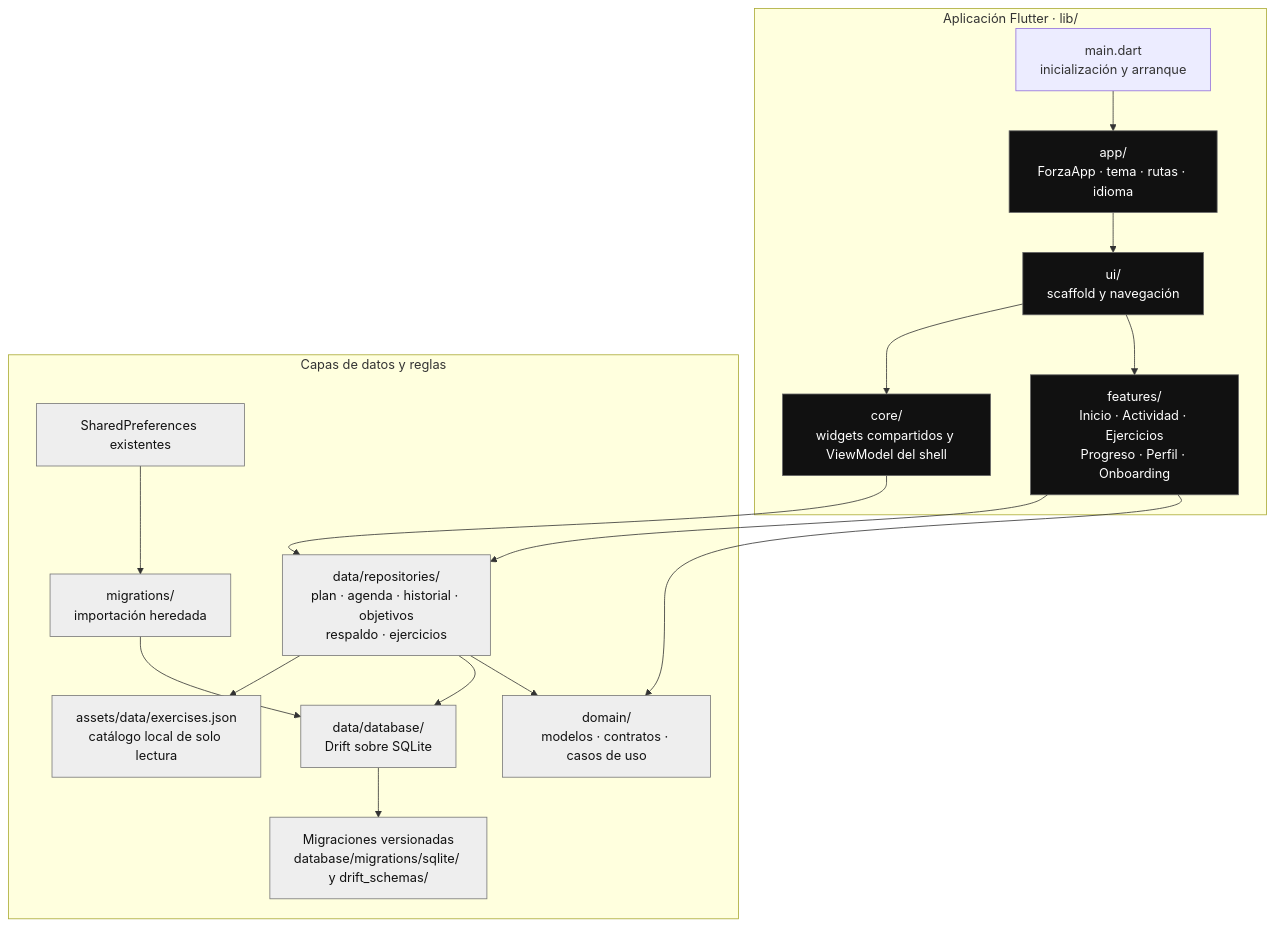
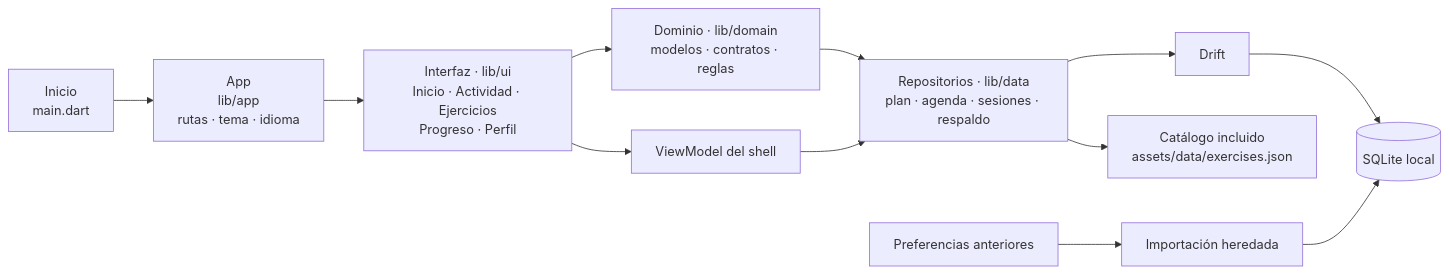
Before and after one commit to Angel11R99/forza: the diagram in README.md, drawn with Mermaid. The commit also changed other lines of this file, not shown here.

Commit message:
UPDATE README V2

````diff
--- a/README.md
+++ b/README.md
@@ -25,25 +24,12 @@
 ```mermaid
-flowchart TB
-    subgraph app["Aplicación Flutter · lib/"]
-        main["main.dart<br/>inicialización y arranque"] --> shell["app/<br/>ForzaApp · tema · rutas · idioma"]
-        shell --> ui["ui/<br/>scaffold y navegación"]
-        ui --> features["features/<br/>Inicio · Actividad · Ejercicios<br/>Progreso · Perfil · Onboarding"]
-        ui --> core["core/<br/>widgets compartidos y ViewModel del shell"]
-    end
-
-    subgraph layers["Capas de datos y reglas"]
-        features --> domain["domain/<br/>modelos · contratos · casos de uso"]
-        core --> repos["data/repositories/<br/>plan · agenda · historial · objetivos<br/>respaldo · ejercicios"]
-        features --> repos
-        repos --> domain
-        repos --> db["data/database/<br/>Drift sobre SQLite"]
-        repos --> catalog["assets/data/exercises.json<br/>catálogo local de solo lectura"]
-        db --> migrations["Migraciones versionadas<br/>database/migrations/sqlite/ y drift_schemas/"]
-        legacy["SharedPreferences existentes"] --> migration["migrations/<br/>importación heredada"] --> db
-    end
-
-    classDef presentation fill:#111,color:#fff,stroke:#666;
-    classDef data fill:#eee,color:#111,stroke:#777;
-    class shell,ui,features,core presentation;
-    class domain,repos,db,catalog,migrations,legacy,migration data;
+flowchart LR
+    main["Inicio<br/>main.dart"] --> app["App<br/>lib/app<br/>rutas · tema · idioma"]
+    app --> ui["Interfaz · lib/ui<br/>Inicio · Actividad · Ejercicios<br/>Progreso · Perfil"]
+    ui --> domain["Dominio · lib/domain<br/>modelos · contratos · reglas"]
+    domain --> data["Repositorios · lib/data<br/>plan · agenda · sesiones · respaldo"]
+    ui --> shell["ViewModel del shell"]
+    shell --> data
+    data --> db["Drift"] --> sqlite[("SQLite local")]
+    data --> catalog["Catálogo incluido<br/>assets/data/exercises.json"]
+    legacy["Preferencias anteriores"] --> migration["Importación heredada"] --> sqlite
 ```
````
